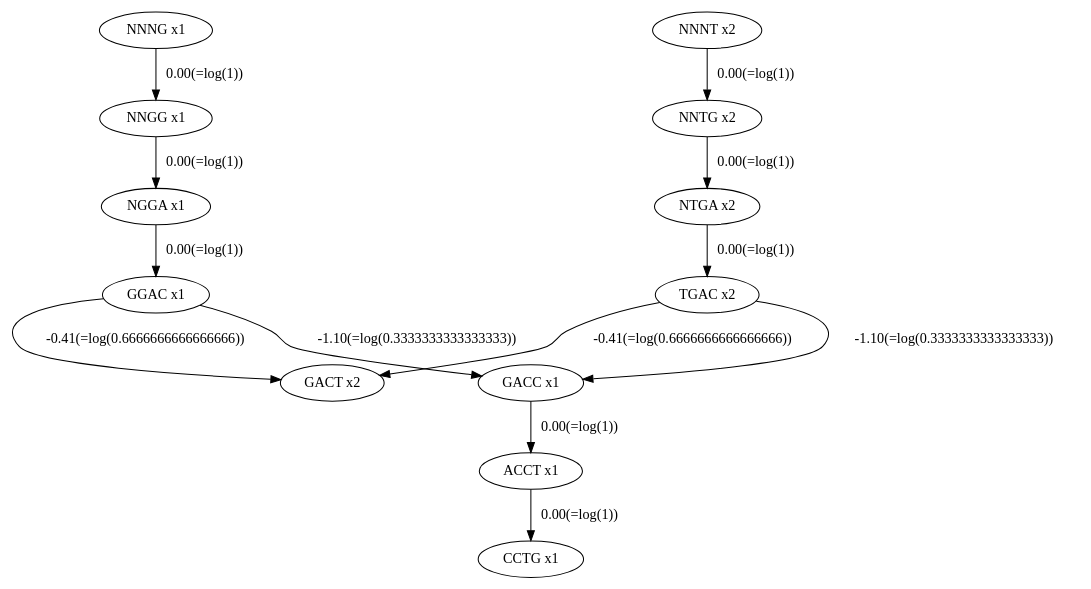
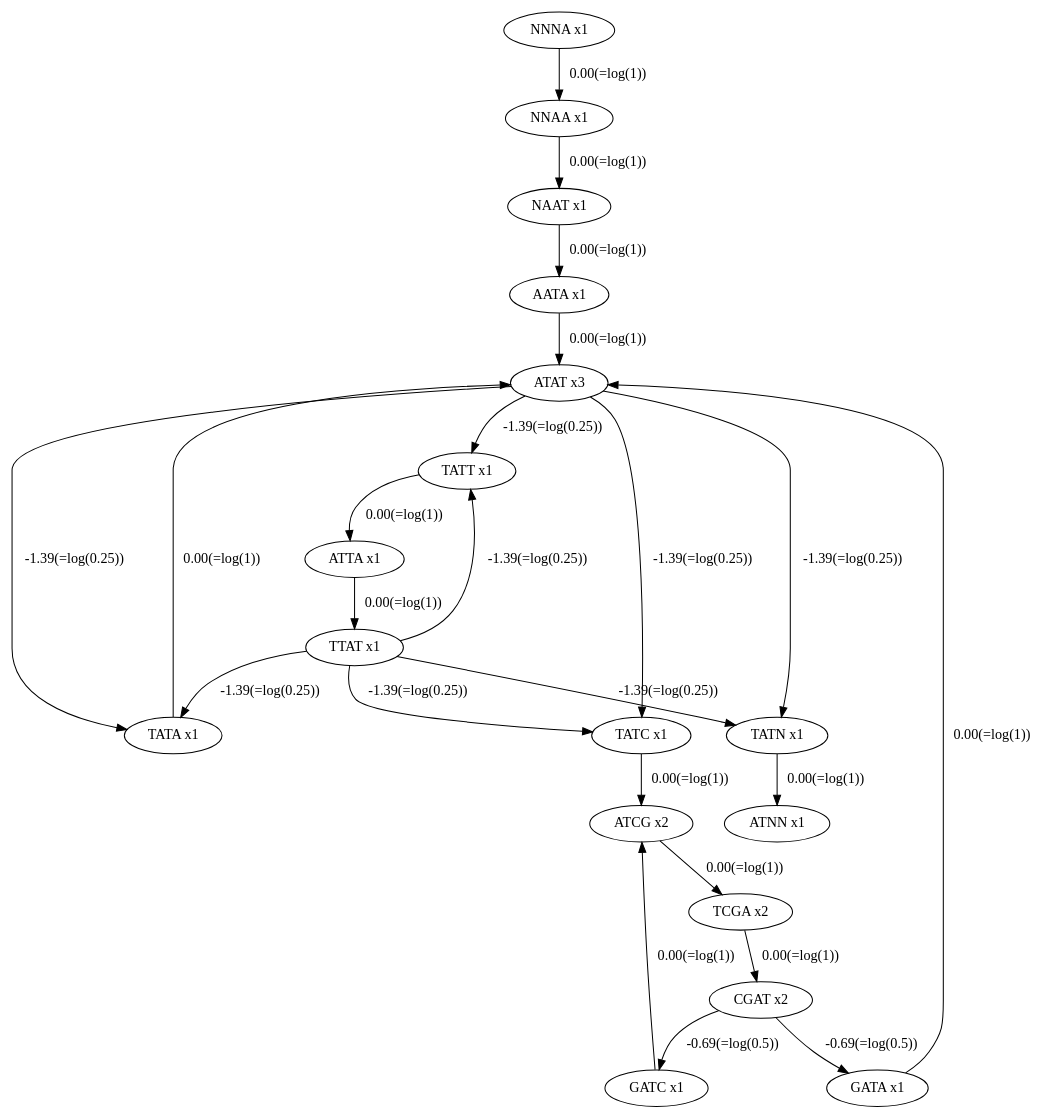
Before and after one commit to ryought/dbgphmm: the diagram in test.dot, drawn with Graphviz. The commit also changed 8 other files, not shown here.

```diff
--- a/test.dot
+++ b/test.dot
@@ -1,26 +1,42 @@
 digraph dbg {
-	GACT [label="GACT x2"];
-	NNTG [label="NNTG x2"];
-	NNTG -> NTGA [label="0.00(=log(1))"];
-	CCTG [label="CCTG x1"];
-	NNNT [label="NNNT x2"];
-	NNNT -> NNTG [label="0.00(=log(1))"];
-	NGGA [label="NGGA x1"];
-	NGGA -> GGAC [label="0.00(=log(1))"];
-	NNNG [label="NNNG x1"];
-	NNNG -> NNGG [label="0.00(=log(1))"];
-	GACC [label="GACC x1"];
-	GACC -> ACCT [label="0.00(=log(1))"];
-	TGAC [label="TGAC x2"];
-	TGAC -> GACC [label="-1.10(=log(0.3333333333333333))"];
-	TGAC -> GACT [label="-0.41(=log(0.6666666666666666))"];
-	NNGG [label="NNGG x1"];
-	NNGG -> NGGA [label="0.00(=log(1))"];
-	GGAC [label="GGAC x1"];
-	GGAC -> GACC [label="-1.10(=log(0.3333333333333333))"];
-	GGAC -> GACT [label="-0.41(=log(0.6666666666666666))"];
-	ACCT [label="ACCT x1"];
-	ACCT -> CCTG [label="0.00(=log(1))"];
-	NTGA [label="NTGA x2"];
-	NTGA -> TGAC [label="0.00(=log(1))"];
+	TATN [label="TATN x1"];
+	TATN -> ATNN [label="0.00(=log(1))"];
+	NAAT [label="NAAT x1"];
+	NAAT -> AATA [label="0.00(=log(1))"];
+	TATA [label="TATA x1"];
+	TATA -> ATAT [label="0.00(=log(1))"];
+	CGAT [label="CGAT x2"];
+	CGAT -> GATA [label="-0.69(=log(0.5))"];
+	CGAT -> GATC [label="-0.69(=log(0.5))"];
+	TCGA [label="TCGA x2"];
+	TCGA -> CGAT [label="0.00(=log(1))"];
+	ATAT [label="ATAT x3"];
+	ATAT -> TATA [label="-1.39(=log(0.25))"];
+	ATAT -> TATC [label="-1.39(=log(0.25))"];
+	ATAT -> TATT [label="-1.39(=log(0.25))"];
+	ATAT -> TATN [label="-1.39(=log(0.25))"];
+	TATT [label="TATT x1"];
+	TATT -> ATTA [label="0.00(=log(1))"];
+	ATNN [label="ATNN x1"];
+	GATC [label="GATC x1"];
+	GATC -> ATCG [label="0.00(=log(1))"];
+	NNNA [label="NNNA x1"];
+	NNNA -> NNAA [label="0.00(=log(1))"];
+	AATA [label="AATA x1"];
+	AATA -> ATAT [label="0.00(=log(1))"];
+	GATA [label="GATA x1"];
+	GATA -> ATAT [label="0.00(=log(1))"];
+	ATTA [label="ATTA x1"];
+	ATTA -> TTAT [label="0.00(=log(1))"];
+	NNAA [label="NNAA x1"];
+	NNAA -> NAAT [label="0.00(=log(1))"];
+	TATC [label="TATC x1"];
+	TATC -> ATCG [label="0.00(=log(1))"];
+	ATCG [label="ATCG x2"];
+	ATCG -> TCGA [label="0.00(=log(1))"];
+	TTAT [label="TTAT x1"];
+	TTAT -> TATA [label="-1.39(=log(0.25))"];
+	TTAT -> TATC [label="-1.39(=log(0.25))"];
+	TTAT -> TATT [label="-1.39(=log(0.25))"];
+	TTAT -> TATN [label="-1.39(=log(0.25))"];
 }
```
